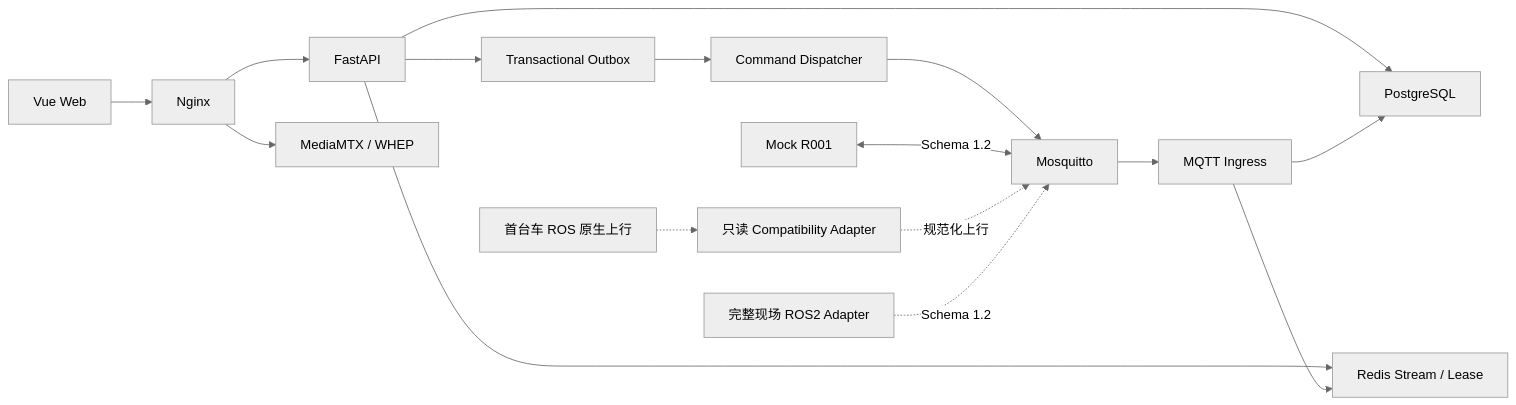
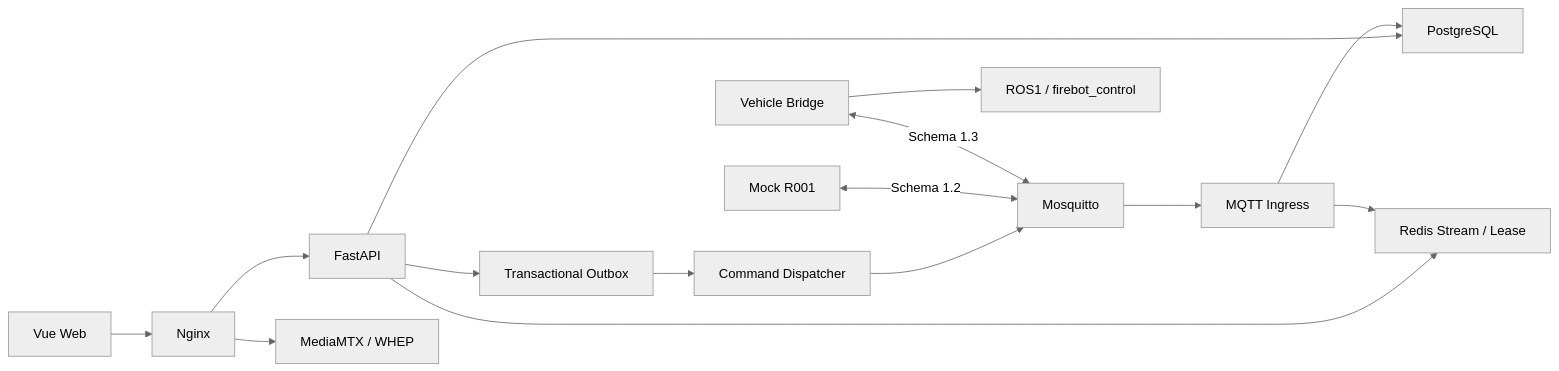
The diagram in README.md (guolichen007/ROBOT-Web), drawn with Mermaid (neutral theme) before and after one commit. The commit also changed other lines of this file and 84 other files, not shown here.

````diff
--- a/README.md
+++ b/README.md
@@ -28,18 +19,17 @@
 ```mermaid
 flowchart LR
   WEB["Vue Web"] --> NGINX["Nginx"]
   NGINX --> API["FastAPI"]
   NGINX --> MEDIA["MediaMTX / WHEP"]
   API --> PG["PostgreSQL"]
   API --> REDIS["Redis Stream / Lease"]
   MQTT["Mosquitto"] --> INGRESS["MQTT Ingress"]
   API --> OUTBOX["Transactional Outbox"]
   OUTBOX --> DISPATCHER["Command Dispatcher"]
   DISPATCHER --> MQTT
   INGRESS --> PG
   INGRESS --> REDIS
   MOCK["Mock R001"] <-->|"Schema 1.2"| MQTT
-  ROSNATIVE["首台车 ROS 原生上行"] -.-> COMPAT["只读 Compatibility Adapter"]
-  COMPAT -.->|"规范化上行"| MQTT
-  ROS2["完整现场 ROS2 Adapter"] -.->|"Schema 1.2"| MQTT
+  BRIDGE["Vehicle Bridge"] <-->|"Schema 1.3"| MQTT
+  BRIDGE --> ROS["ROS1 / firebot_control"]
 ```
````
